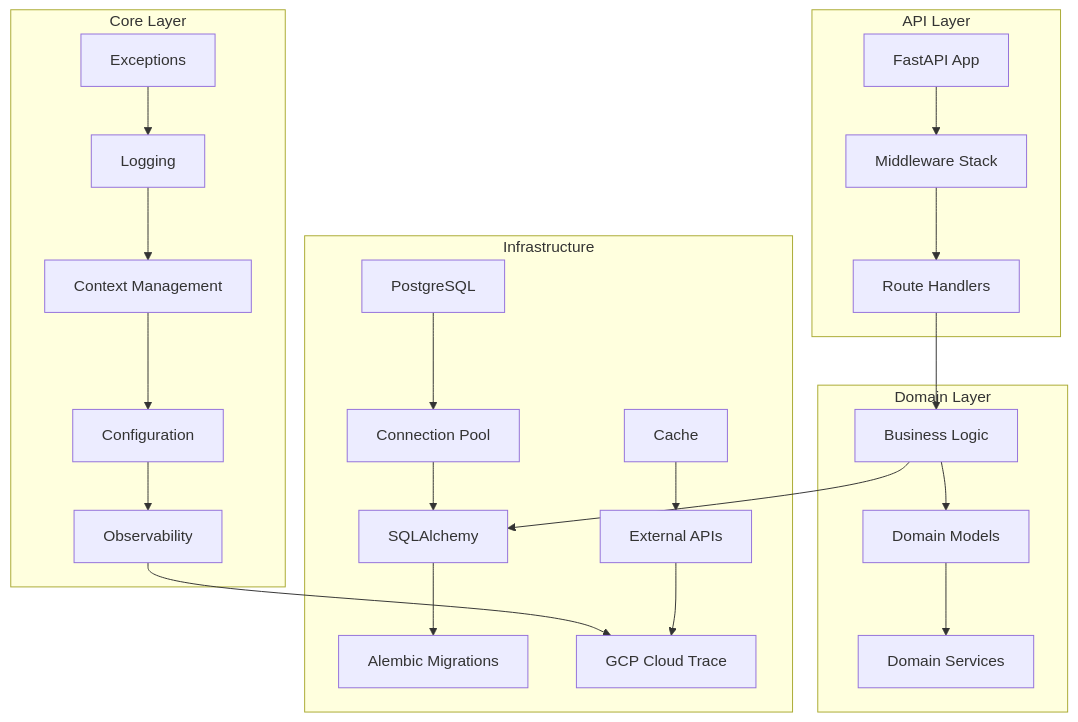
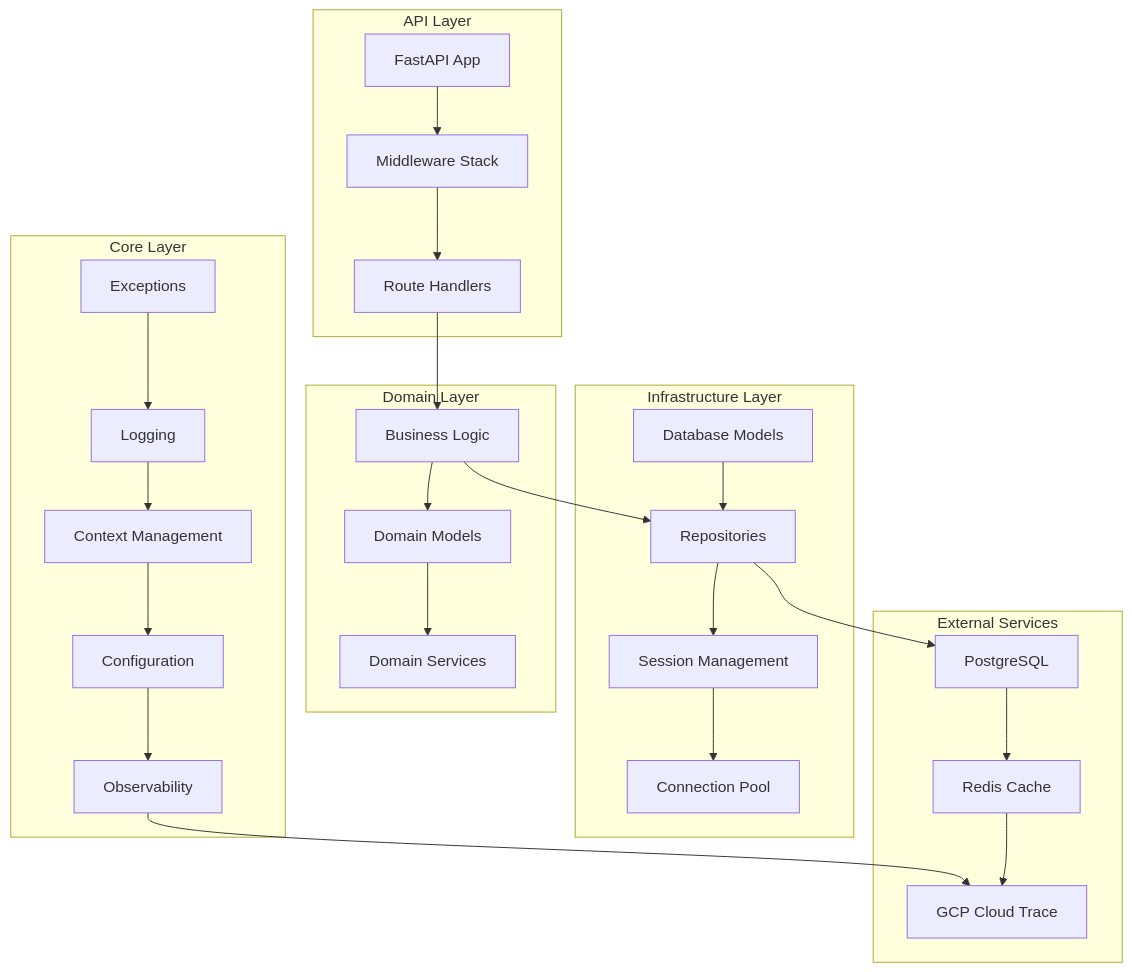
The first of 3 diagrams in README.md (STICORP/tributum-back), drawn with Mermaid before and after one commit. The commit also changed other lines of this file, not shown here.

First line of the commit message:
docs: update README with database infrastructure and tooling enhancements

````diff
--- a/README.md
+++ b/README.md
@@ -140,31 +142,35 @@
 ```mermaid
 graph TB
     subgraph "API Layer"
         A[FastAPI App] --> B[Middleware Stack]
         B --> C[Route Handlers]
     end
 
     subgraph "Core Layer"
         D[Exceptions] --> E[Logging]
         E --> F[Context Management]
         F --> G[Configuration]
         G --> H[Observability]
     end
 
     subgraph "Domain Layer"
         I[Business Logic] --> J[Domain Models]
         J --> K[Domain Services]
     end
 
-    subgraph "Infrastructure"
-        L[PostgreSQL] --> M[Connection Pool]
-        M --> N[SQLAlchemy]
-        N --> O[Alembic Migrations]
-        P[Cache] --> Q[External APIs]
+    subgraph "Infrastructure Layer"
+        L[Database Models] --> M[Repositories]
+        M --> N[Session Management]
+        N --> O[Connection Pool]
+    end
+
+    subgraph "External Services"
+        P[PostgreSQL] --> Q[Redis Cache]
         Q --> R[GCP Cloud Trace]
     end
 
     C --> I
-    I --> N
+    I --> M
+    M --> P
     H --> R
 ```
````
